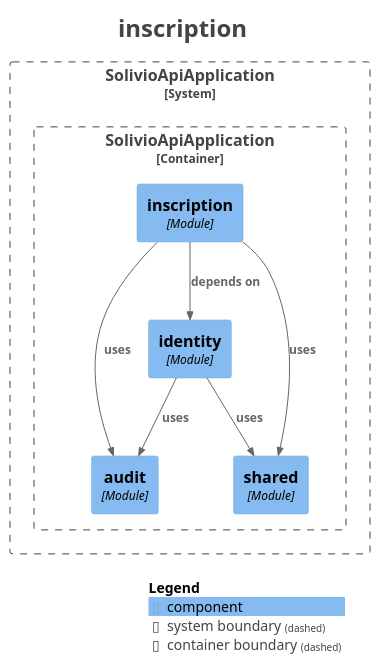
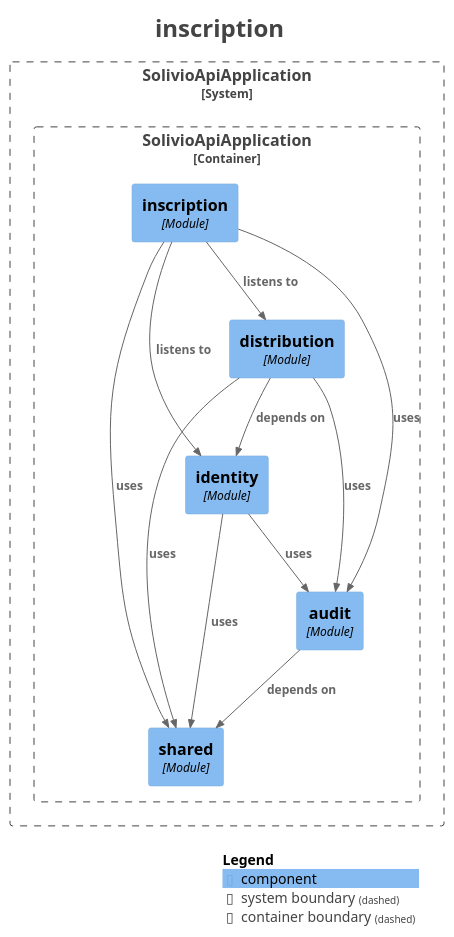
One commit to Joello61/solivio changed the diagram in docs/modules/module-inscription.puml. Above: the diagram before and after it, drawn with PlantUML. The commit also changed 40 other files, not shown here.

```diff
--- a/docs/modules/module-inscription.puml
+++ b/docs/modules/module-inscription.puml
@@ -1,36 +1,42 @@
 @startuml
 title <size:24>inscription</size>
 
 set separator none
 top to bottom direction
 
 <style>
   root {
     BackgroundColor: #ffffff
     FontColor: #444444
   }
 </style>
 
 !include <C4/C4>
 !include <C4/C4_Context>
 !include <C4/C4_Component>
 
 System_Boundary("SolivioApiApplication_boundary", "SolivioApiApplication", $tags="") {
   Container_Boundary("SolivioApiApplication.SolivioApiApplication_boundary", "SolivioApiApplication", $tags="") {
     Component(SolivioApiApplication.SolivioApiApplication.inscription, "inscription", $techn="Module", $descr="", $tags="", $link="")
+    Component(SolivioApiApplication.SolivioApiApplication.shared, "shared", $techn="Module", $descr="", $tags="", $link="")
     Component(SolivioApiApplication.SolivioApiApplication.audit, "audit", $techn="Module", $descr="", $tags="", $link="")
-    Component(SolivioApiApplication.SolivioApiApplication.shared, "shared", $techn="Module", $descr="", $tags="", $link="")
     Component(SolivioApiApplication.SolivioApiApplication.identity, "identity", $techn="Module", $descr="", $tags="", $link="")
+    Component(SolivioApiApplication.SolivioApiApplication.distribution, "distribution", $techn="Module", $descr="", $tags="", $link="")
   }
 
 }
 
-Rel(SolivioApiApplication.SolivioApiApplication.identity, SolivioApiApplication.SolivioApiApplication.shared, "uses", $techn="", $tags="", $link="")
-Rel(SolivioApiApplication.SolivioApiApplication.identity, SolivioApiApplication.SolivioApiApplication.audit, "uses", $techn="", $tags="", $link="")
-Rel(SolivioApiApplication.SolivioApiApplication.inscription, SolivioApiApplication.SolivioApiApplication.identity, "depends on", $techn="", $tags="", $link="")
+Rel(SolivioApiApplication.SolivioApiApplication.inscription, SolivioApiApplication.SolivioApiApplication.distribution, "listens to", $techn="", $tags="", $link="")
+Rel(SolivioApiApplication.SolivioApiApplication.inscription, SolivioApiApplication.SolivioApiApplication.identity, "listens to", $techn="", $tags="", $link="")
 Rel(SolivioApiApplication.SolivioApiApplication.inscription, SolivioApiApplication.SolivioApiApplication.shared, "uses", $techn="", $tags="", $link="")
 Rel(SolivioApiApplication.SolivioApiApplication.inscription, SolivioApiApplication.SolivioApiApplication.audit, "uses", $techn="", $tags="", $link="")
+Rel(SolivioApiApplication.SolivioApiApplication.distribution, SolivioApiApplication.SolivioApiApplication.identity, "depends on", $techn="", $tags="", $link="")
+Rel(SolivioApiApplication.SolivioApiApplication.distribution, SolivioApiApplication.SolivioApiApplication.shared, "uses", $techn="", $tags="", $link="")
+Rel(SolivioApiApplication.SolivioApiApplication.distribution, SolivioApiApplication.SolivioApiApplication.audit, "uses", $techn="", $tags="", $link="")
+Rel(SolivioApiApplication.SolivioApiApplication.audit, SolivioApiApplication.SolivioApiApplication.shared, "depends on", $techn="", $tags="", $link="")
+Rel(SolivioApiApplication.SolivioApiApplication.identity, SolivioApiApplication.SolivioApiApplication.audit, "uses", $techn="", $tags="", $link="")
+Rel(SolivioApiApplication.SolivioApiApplication.identity, SolivioApiApplication.SolivioApiApplication.shared, "uses", $techn="", $tags="", $link="")
 
 SHOW_LEGEND(true)
 hide stereotypes
 @enduml
```
